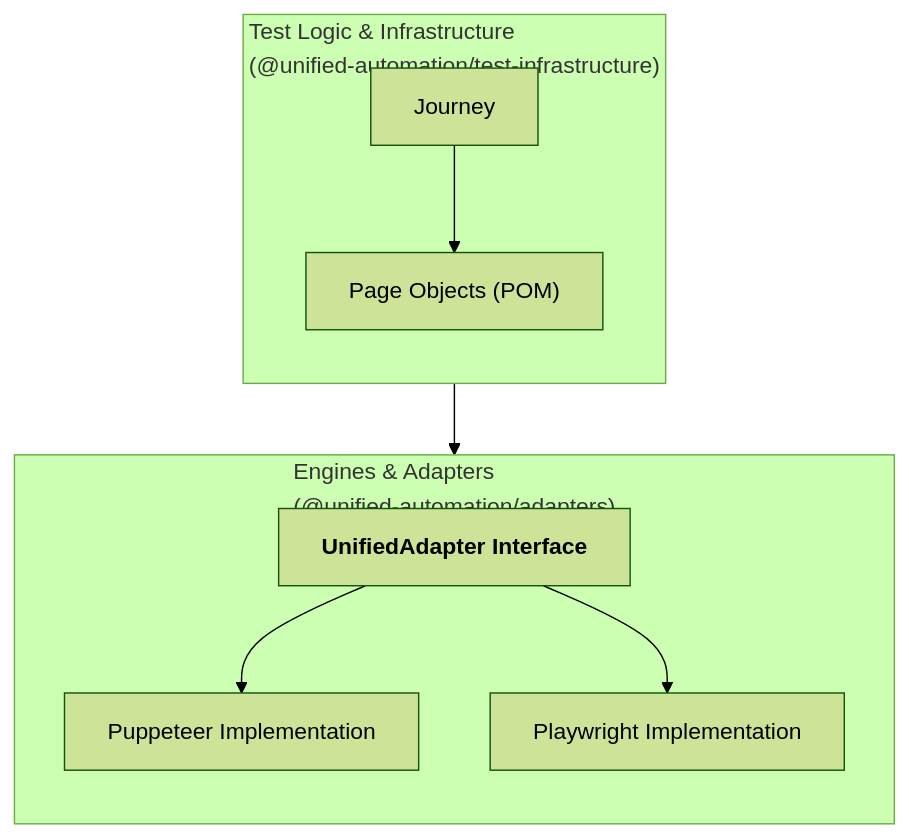
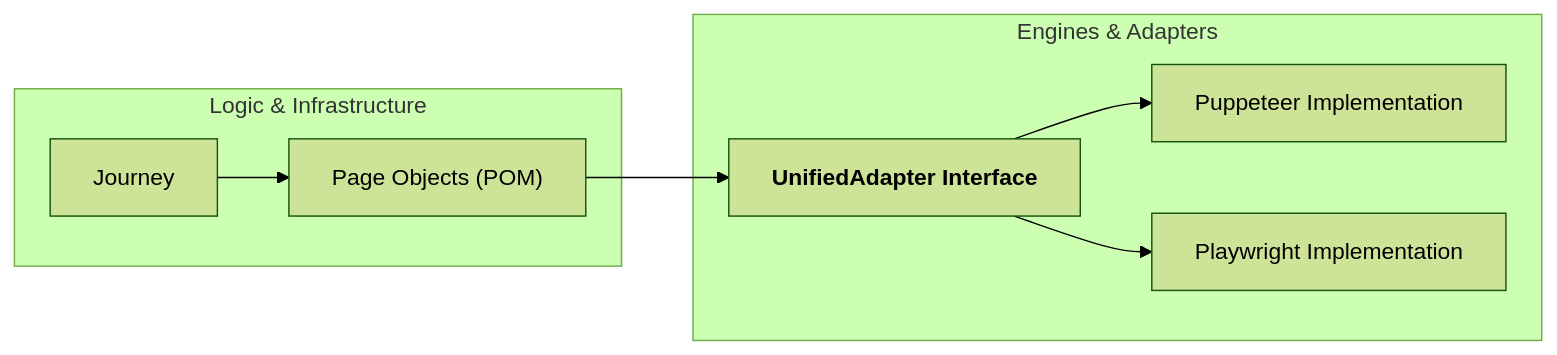
The diagram in README.md (mechris3/unified-automation), drawn with Mermaid (forest theme) before and after one commit.

````diff
--- a/README.md
+++ b/README.md
@@ -191,15 +191,13 @@
 ```mermaid
-graph TD
-    subgraph Infrastructure ["Test Logic & Infrastructure<br/>(@unified-automation/test-infrastructure)<br/>&nbsp;"]
-        direction TB
+graph LR
+    subgraph Infrastructure ["Logic & Infrastructure"]
         J["Journey"] --> P["Page Objects (POM)"]
     end
     
     P --> BA["<b>UnifiedAdapter Interface</b>"]
     
-    subgraph Adapters ["Engines & Adapters<br/>(@unified-automation/adapters)<br/>&nbsp;"]
-        direction TB
+    subgraph Engines ["Engines & Adapters"]
         BA --> PA["Puppeteer Implementation"]
         BA --> PL["Playwright Implementation"]
     end
 ```
````
